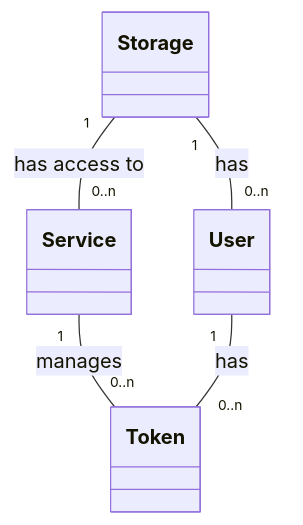
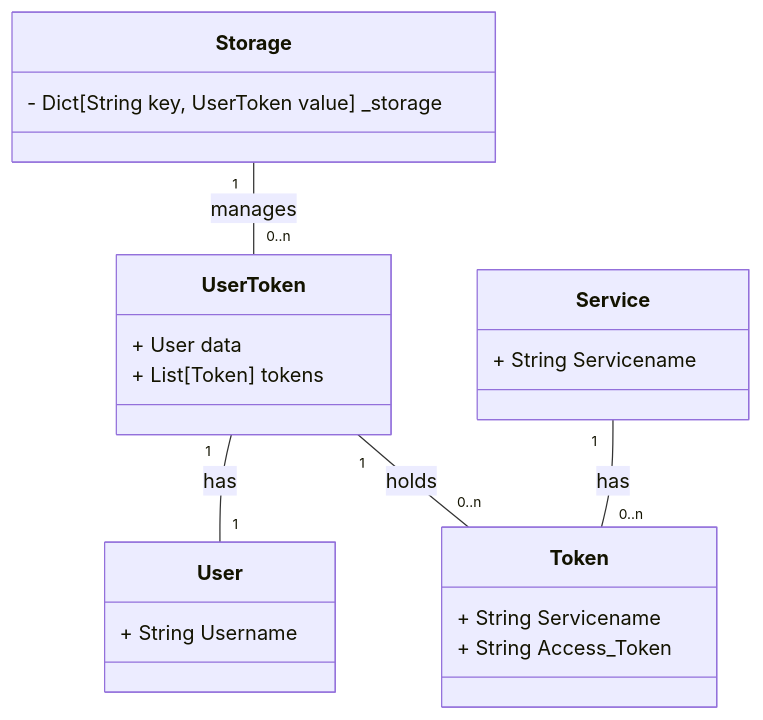
The second of 2 diagrams in docs/content/doc/impl/central/token-storage.de.md (Sciebo-RDS/Sciebo-RDS), drawn with Mermaid before and after one commit. The commit also changed other lines of this file, not shown here.

Commit message:
small text add in doc

````diff
--- a/docs/content/doc/impl/central/token-storage.de.md
+++ b/docs/content/doc/impl/central/token-storage.de.md
@@ -37,13 +37,30 @@
 ```mermaid
 classDiagram
 
-  class Storage
-  class User
-  class Token
-  class Service
+  class Storage {
+    - Dict[String key, UserToken value] _storage
+  }
 
-  Storage "1" -- "0..n" User : has
-  Storage "1" -- "0..n" Service : has access to
-  Service "1" -- "0..n" Token : manages
-  User "1" -- "0..n" Token : has
+  class UserToken {
+    + User data
+    + List[Token] tokens
+  }
+
+  class User {
+    + String Username
+  }
+
+  class Token {
+    + String Servicename
+    + String Access_Token
+  }
+
+  class Service {
+    + String Servicename
+  }
+
+  Storage "1" -- "0..n" UserToken : manages
+  UserToken "1" -- "1" User : has
+  UserToken "1" -- "0..n" Token : holds
+  Service "1" -- "0..n" Token : has
 ```
````
